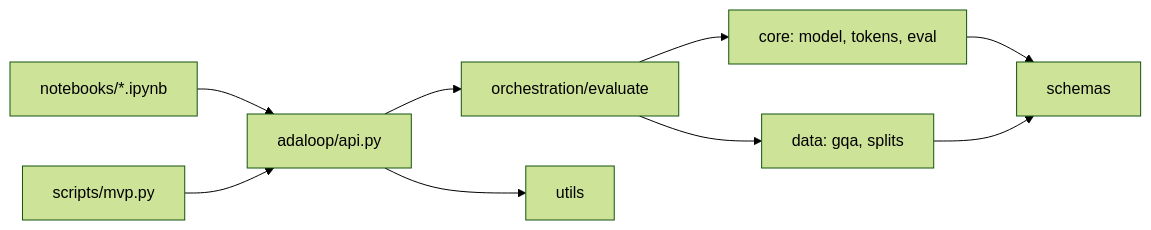
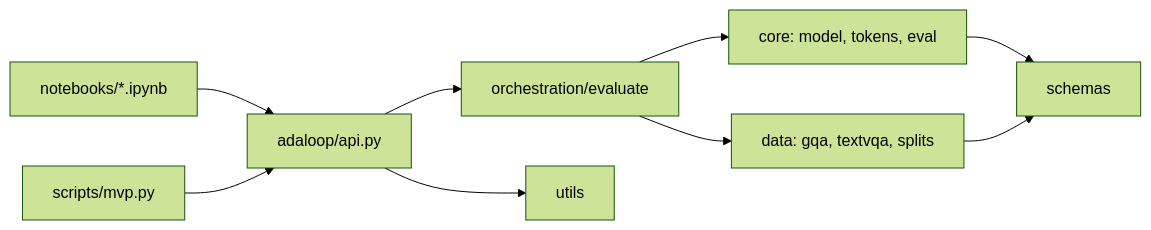
The diagram in docs/ai_context/CODEBASE_MAP.md (Vedaang-Chopra/CEREBRUS), drawn with Mermaid (forest theme) before and after one commit. The commit also changed other lines of this file and 11 other files, not shown here.

````diff
--- a/docs/ai_context/CODEBASE_MAP.md
+++ b/docs/ai_context/CODEBASE_MAP.md
@@ -21,11 +21,11 @@
 ```mermaid
 graph LR
   NB[notebooks/*.ipynb] --> API[adaloop/api.py]
   CLI[scripts/mvp.py] --> API
   API --> ORCH[orchestration/evaluate]
   ORCH --> CORE[core: model, tokens, eval]
-  ORCH --> DATA[data: gqa, splits]
+  ORCH --> DATA[data: gqa, textvqa, splits]
   CORE --> SCHEMAS[schemas]
   DATA --> SCHEMAS
   API --> UTILS[utils]
 ```
````
